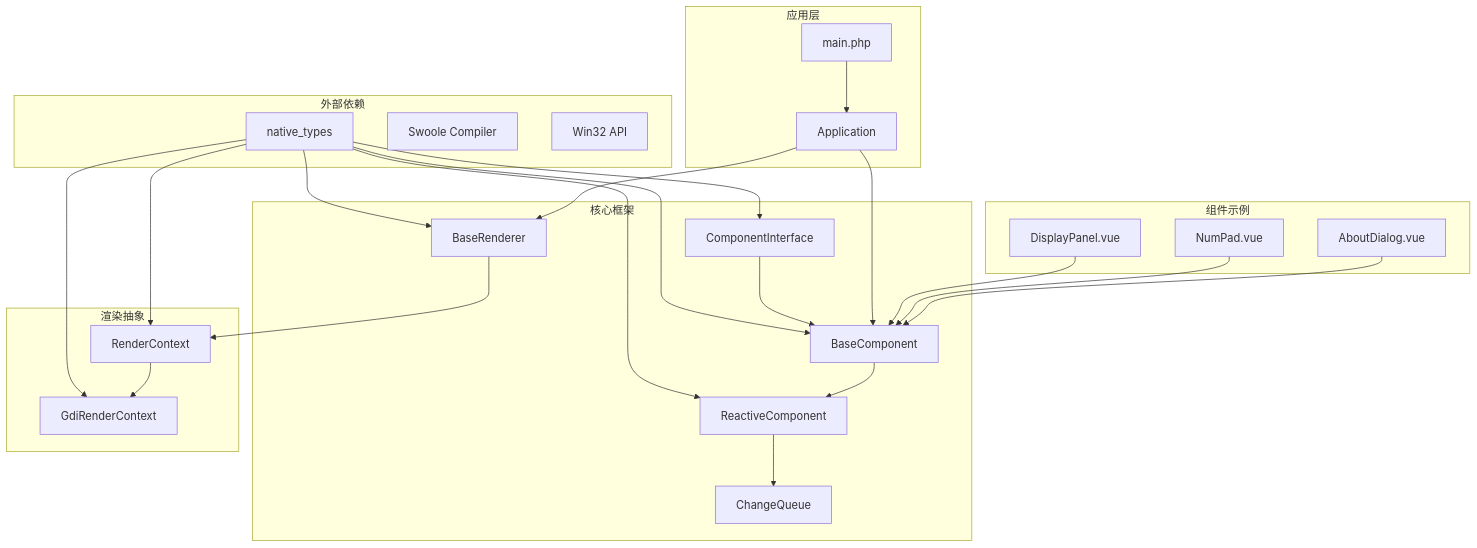
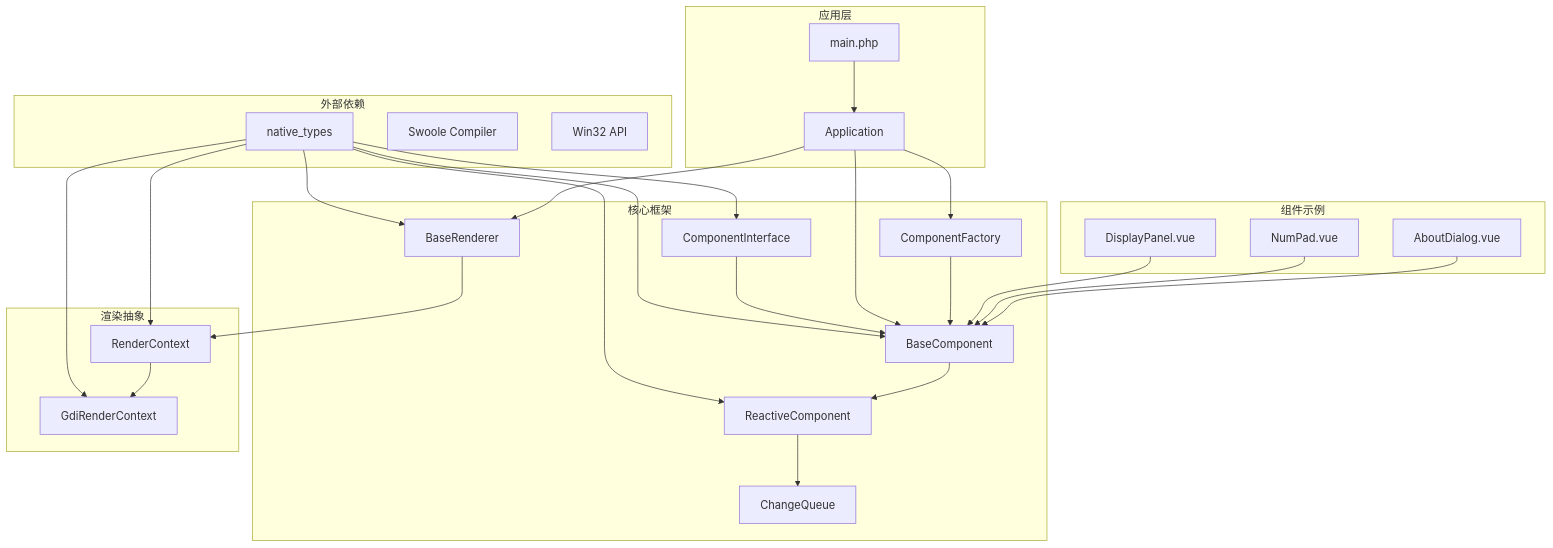
Before and after one commit to xingye00186/PUI: diagram 13 of 13 in .qoder/repowiki/zh/content/核心架构设计/组件系统设计.md, drawn with Mermaid. The commit also changed other lines of this file and 10 other files, not shown here.

````diff
--- a/.qoder/repowiki/zh/content/核心架构设计/组件系统设计.md
+++ b/.qoder/repowiki/zh/content/核心架构设计/组件系统设计.md
@@ -402,45 +566,48 @@
 ```mermaid
 graph TB
 subgraph "外部依赖"
 NATIVE[native_types]
 SWOOLE[Swoole Compiler]
 WIN32[Win32 API]
 end
 subgraph "核心框架"
 COMPONENTINTERFACE[ComponentInterface]
 BASECOMPONENT[BaseComponent]
 REACTIVECOMPONENT[ReactiveComponent]
 CHANGQUEUE[ChangeQueue]
 RENDERER[BaseRenderer]
+COMPONENTFACTORY[ComponentFactory]
 end
 subgraph "渲染抽象"
 RENDERCONTEXT[RenderContext]
 GDIRENDER[GdiRenderContext]
 end
 subgraph "应用层"
 APPLICATION[Application]
 MAIN[main.php]
 end
 subgraph "组件示例"
 DISPLAY[DisplayPanel.vue]
 NUMPAD[NumPad.vue]
 ABOUT[AboutDialog.vue]
 end
 NATIVE --> COMPONENTINTERFACE
 NATIVE --> BASECOMPONENT
 NATIVE --> REACTIVECOMPONENT
 NATIVE --> RENDERER
 NATIVE --> RENDERCONTEXT
 NATIVE --> GDIRENDER
 COMPONENTINTERFACE --> BASECOMPONENT
 BASECOMPONENT --> REACTIVECOMPONENT
 REACTIVECOMPONENT --> CHANGQUEUE
 RENDERER --> RENDERCONTEXT
 RENDERCONTEXT --> GDIRENDER
 APPLICATION --> RENDERER
 APPLICATION --> BASECOMPONENT
+APPLICATION --> COMPONENTFACTORY
+COMPONENTFACTORY --> BASECOMPONENT
 MAIN --> APPLICATION
 DISPLAY --> BASECOMPONENT
 NUMPAD --> BASECOMPONENT
 ABOUT --> BASECOMPONENT
 ```
````
